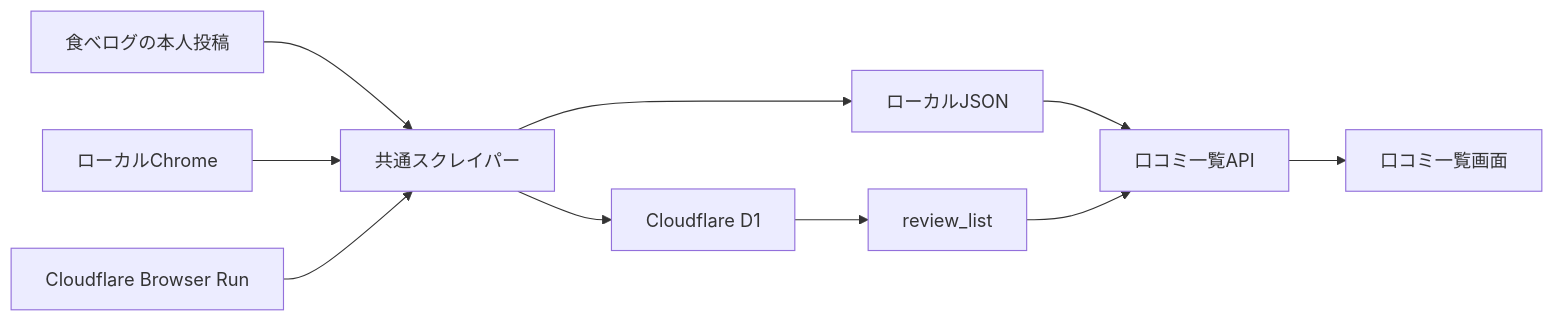
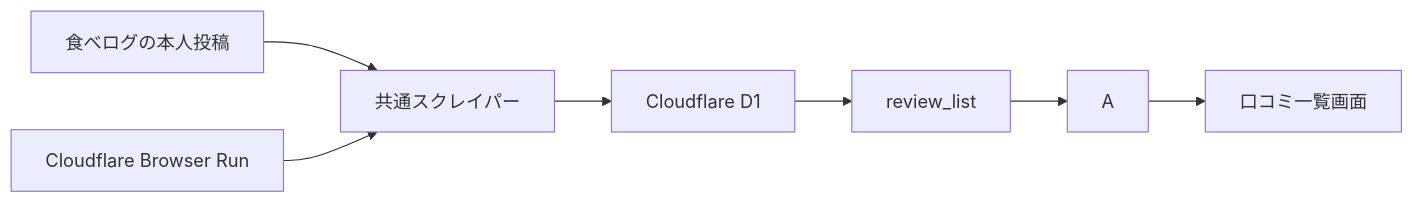
Before and after one commit to kakami21/write-like-you: the diagram in DESIGN.md, drawn with Mermaid. The commit also changed other lines of this file and 23 other files, not shown here.

````diff
--- a/DESIGN.md
+++ b/DESIGN.md
@@ -37,12 +36,9 @@
 ```mermaid
 flowchart LR
     T["食べログの本人投稿"] --> S["共通スクレイパー"]
-    L["ローカルChrome"] --> S
     B["Cloudflare Browser Run"] --> S
-    S --> J["ローカルJSON"]
     S --> D["Cloudflare D1"]
-    J --> A["口コミ一覧API"]
     D --> V["review_list"]
     V --> A
     A --> U["口コミ一覧画面"]
 ```
````
